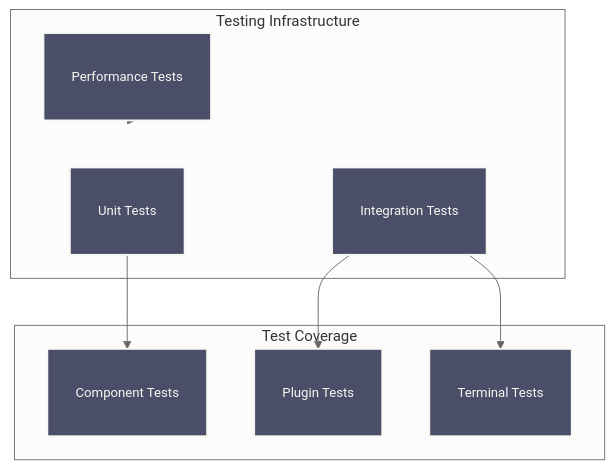
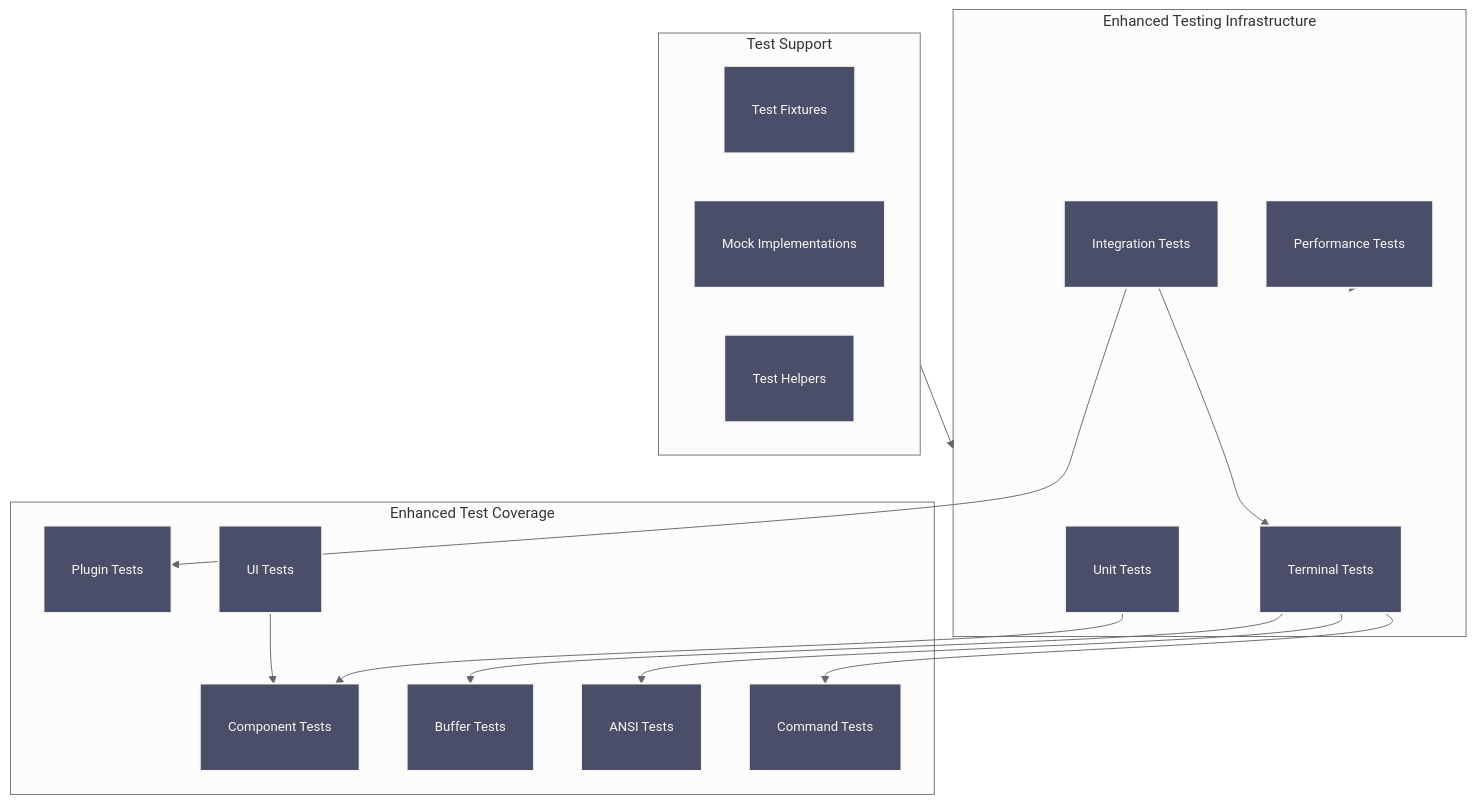
Before and after one commit to Hydepwns/raxol: the ninth of 9 diagrams in docs/ARCHITECTURE.md, drawn with Mermaid (neutral theme). The commit also changed other lines of this file and 2 other files, not shown here.

````diff
--- a/docs/ARCHITECTURE.md
+++ b/docs/ARCHITECTURE.md
@@ -223,22 +264,37 @@
 ```mermaid
 graph TB
-    subgraph Testing["Testing Infrastructure"]
+    subgraph Testing["Enhanced Testing Infrastructure"]
         Unit[Unit Tests]
         Integration[Integration Tests]
         Performance[Performance Tests]
+        Terminal[Terminal Tests]
     end
 
-    subgraph Coverage["Test Coverage"]
+    subgraph Coverage["Enhanced Test Coverage"]
         Components[Component Tests]
         Plugins[Plugin Tests]
-        Terminal[Terminal Tests]
+        Buffer[Buffer Tests]
+        ANSI[ANSI Tests]
+        Commands[Command Tests]
+        UI[UI Tests]
+    end
+
+    subgraph Support["Test Support"]
+        Fixtures[Test Fixtures]
+        Mocks[Mock Implementations]
+        Helpers[Test Helpers]
     end
 
     Unit --> Components
     Integration --> Plugins
     Integration --> Terminal
     Performance --> Testing
+    Terminal --> Buffer
+    Terminal --> ANSI
+    Terminal --> Commands
+    UI --> Components
+    Support --> Testing
 
     classDef test fill:#4a4e69,stroke:#f8f8f2,stroke-width:2px,color:#f8f8f2,font-size:14px,padding:6px;
-    class Unit,Integration,Performance,Components,Plugins,Terminal test;
+    class Unit,Integration,Performance,Terminal,Components,Plugins,Buffer,ANSI,Commands,UI,Fixtures,Mocks,Helpers test;
 ```
````
